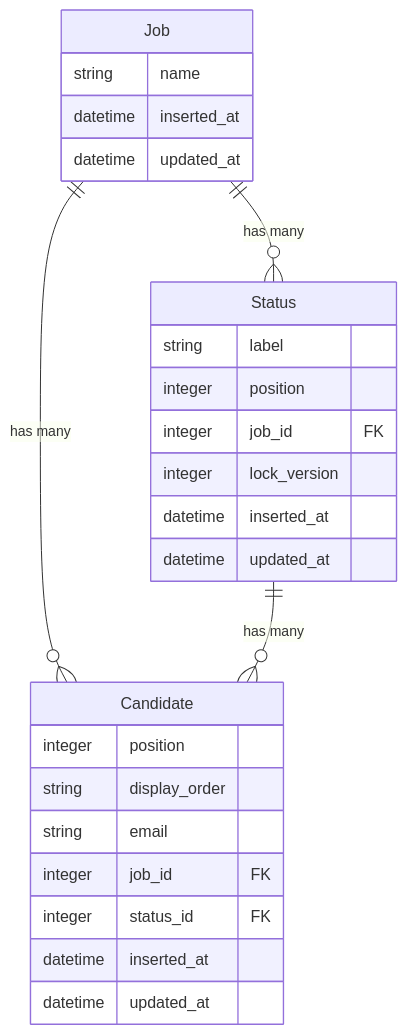
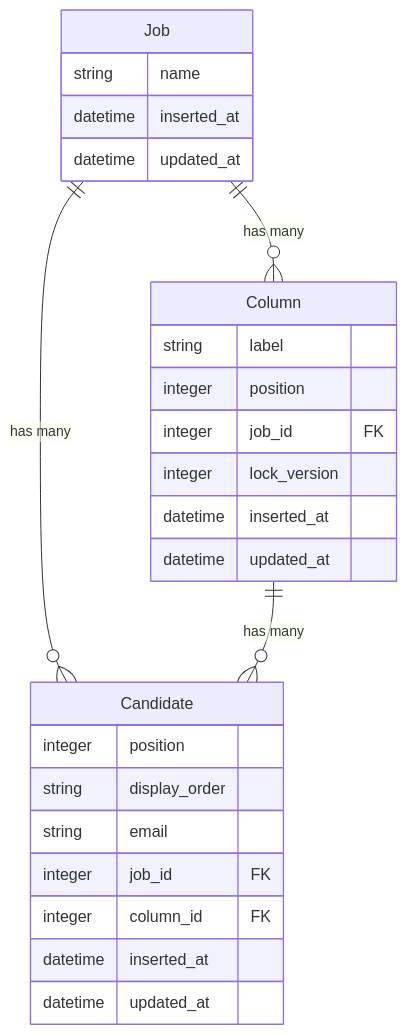
Before and after one commit to thecallum/wttj-case-kanban: the diagram in README.md, drawn with Mermaid. The commit also changed other lines of this file and 27 other files, not shown here.

````diff
--- a/README.md
+++ b/README.md
@@ -69,31 +69,31 @@
 ```mermaid
 erDiagram
     Job {
         string name
         datetime inserted_at
         datetime updated_at
     }
     
-    Status {
+    Column {
         string label
         integer position
         integer job_id FK
         integer lock_version
         datetime inserted_at
         datetime updated_at
     }
     
     Candidate {
         integer position
         string display_order
         string email
         integer job_id FK
-        integer status_id FK
+        integer column_id FK
         datetime inserted_at
         datetime updated_at
     }
 
-    Job ||--o{ Status : "has many"
+    Job ||--o{ Column : "has many"
     Job ||--o{ Candidate : "has many"
-    Status ||--o{ Candidate : "has many"
+    Column ||--o{ Candidate : "has many"
 ```
````
